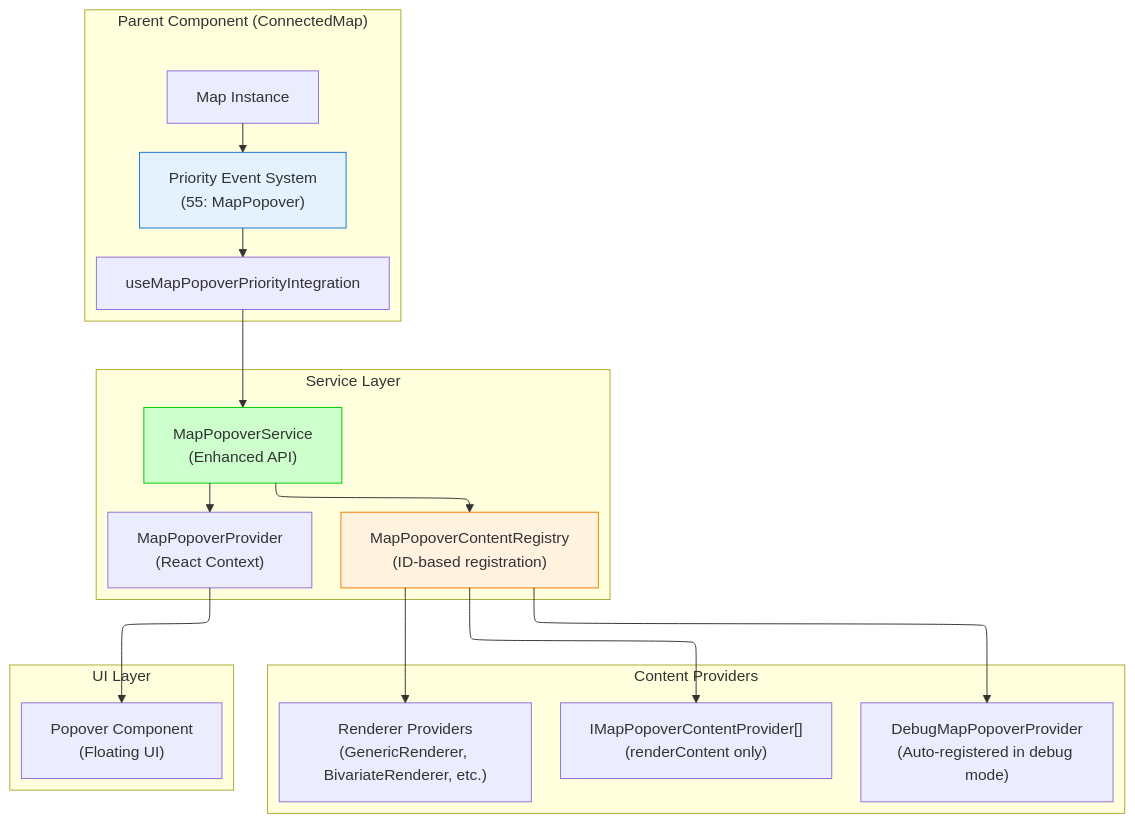
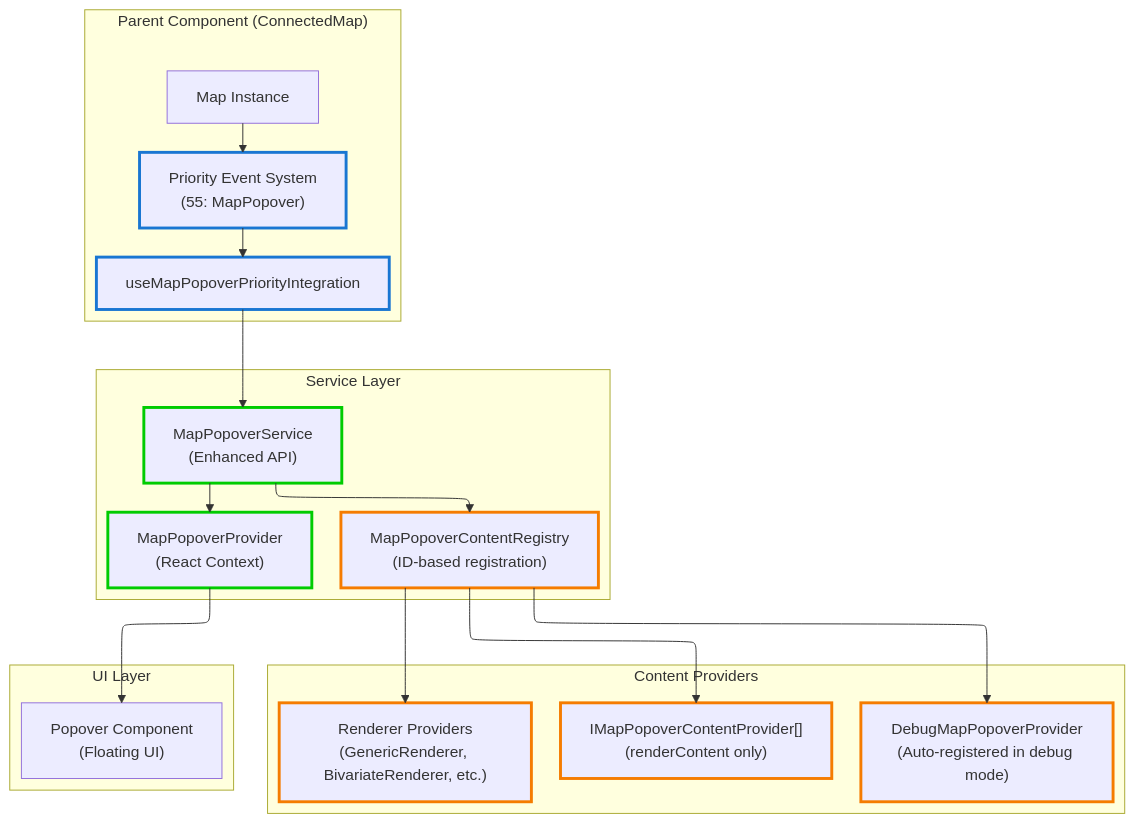
Before and after one commit to konturio/disaster-ninja-fe: the diagram in src/core/map/MapPopover.md, drawn with Mermaid. The commit also changed other lines of this file, not shown here.

````diff
--- a/src/core/map/MapPopover.md
+++ b/src/core/map/MapPopover.md
@@ -7,44 +7,48 @@
 ```mermaid
 ---
 config:
   layout: elk
 ---
 graph TD
     subgraph "Parent Component (ConnectedMap)"
         PrioritySystem["Priority Event System<br/>(55: MapPopover)"]
         PriorityHook["useMapPopoverPriorityIntegration"]
         MapInstance["Map Instance"]
     end
 
     subgraph "Service Layer"
         Service["MapPopoverService<br/>(Enhanced API)"]
         Registry["MapPopoverContentRegistry<br/>(ID-based registration)"]
         Provider["MapPopoverProvider<br/>(React Context)"]
     end
 
     subgraph "Content Providers"
         ContentProviders["IMapPopoverContentProvider[]<br/>(renderContent only)"]
         DebugProvider["DebugMapPopoverProvider<br/>(Auto-registered in debug mode)"]
         RendererProviders["Renderer Providers<br/>(GenericRenderer, BivariateRenderer, etc.)"]
     end
 
     subgraph "UI Layer"
         PopoverComponent["Popover Component<br/>(Floating UI)"]
     end
 
     MapInstance --> PrioritySystem
     PrioritySystem --> PriorityHook
     PriorityHook --> Service
 
     Service --> Registry
     Registry --> ContentProviders
     Registry --> DebugProvider
     Registry --> RendererProviders
 
     Service --> Provider
     Provider --> PopoverComponent
 
-    style PrioritySystem fill:#e3f2fd,stroke:#1976d2
-    style Service fill:#ccffcc,stroke:#00cc00
-    style Registry fill:#fff3e0,stroke:#f57c00
+    classDef integration stroke:#1976d2,stroke-width:3px
+    classDef coreService stroke:#00cc00,stroke-width:3px
+    classDef contentSystem stroke:#f57c00,stroke-width:3px
+
+    class PrioritySystem,PriorityHook integration
+    class Service,Provider coreService
+    class Registry,ContentProviders,DebugProvider,RendererProviders contentSystem
 ```
````
